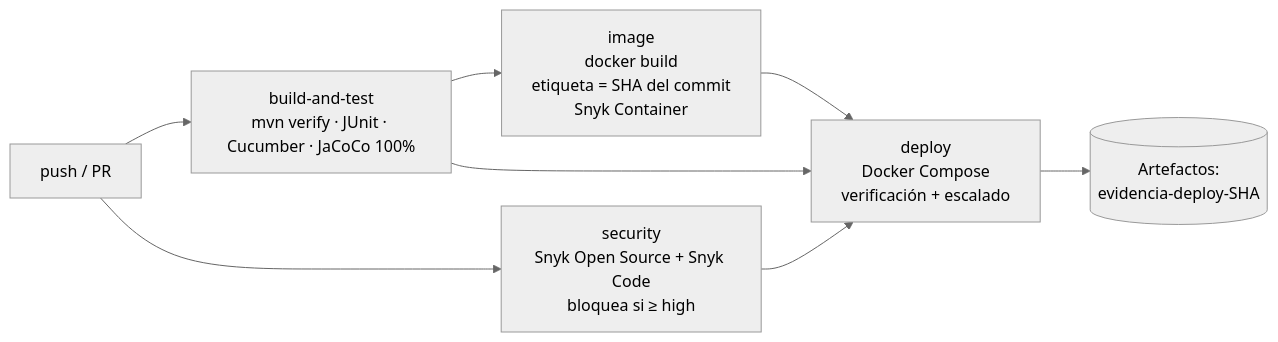
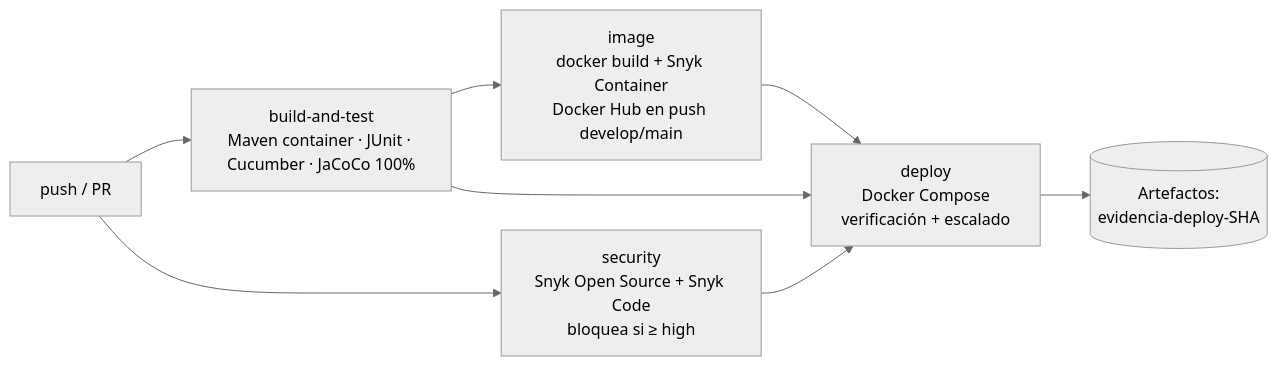
One commit to rocio-mino/LogiFast-Envios changed the diagram in docs/07_CICD_Despliegue.md. Above: the diagram before and after it, drawn with Mermaid (neutral theme). The commit also changed other lines of this file and 2 other files, not shown here.

Commit message:
ci: ejecuta pruebas en contenedor y publica imagen en Docker Hub

````diff
--- a/docs/07_CICD_Despliegue.md
+++ b/docs/07_CICD_Despliegue.md
@@ -7,10 +7,10 @@
 ```mermaid
 flowchart LR
-    A[push / PR] --> B[build-and-test<br/>mvn verify · JUnit · Cucumber · JaCoCo 100%]
+    A[push / PR] --> B[build-and-test<br/>Maven container · JUnit · Cucumber · JaCoCo 100%]
     A --> C[security<br/>Snyk Open Source + Snyk Code<br/>bloquea si ≥ high]
-    B --> D[image<br/>docker build<br/>etiqueta = SHA del commit<br/>Snyk Container]
+    B --> D[image<br/>docker build + Snyk Container<br/>Docker Hub en push develop/main]
     B --> E
     C --> E
     D --> E[deploy<br/>Docker Compose<br/>verificación + escalado]
     E --> F[(Artefactos:<br/>evidencia-deploy-SHA)]
 ```
````
